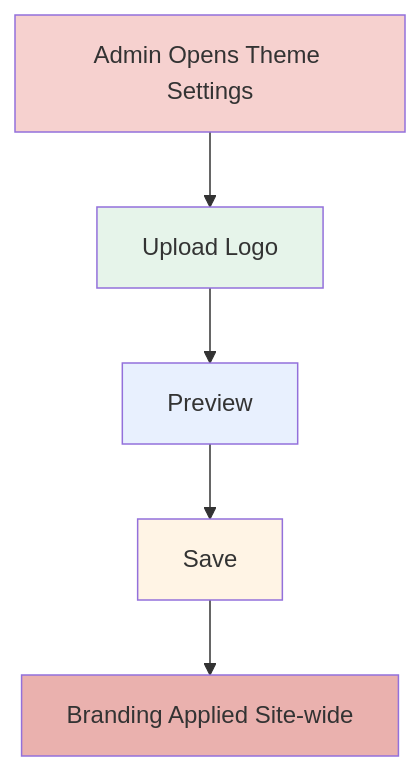
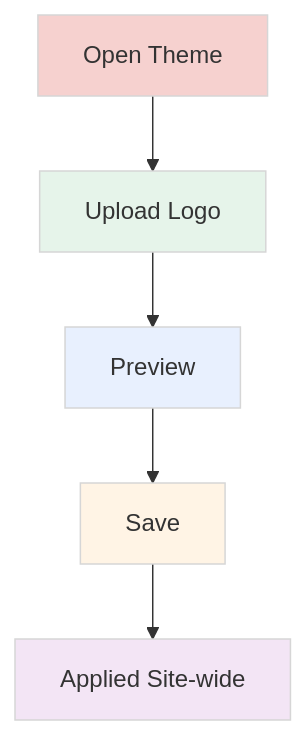
Before and after one commit to salmanb74-dev/ntg-ticket: the fourth of 7 diagrams in NTG-Ticket-User Guide.md, drawn with Mermaid. The commit also changed other lines of this file, not shown here.

````diff
--- a/NTG-Ticket-User Guide.md
+++ b/NTG-Ticket-User Guide.md
@@ -196,12 +196,12 @@
 ```mermaid
 flowchart TD
-    A[Admin Opens Theme Settings] --> B[Upload Logo]
+    A[Open Theme] --> B[Upload Logo]
     B --> C[Preview]
     C --> D[Save]
-    D --> E[Branding Applied Site-wide]
-    style A fill:#F6D1CF
-    style B fill:#E6F4EA
-    style C fill:#E8F0FE
-    style D fill:#FFF4E5
-    style E fill:#EAB1AE
+    D --> E[Applied Site‑wide]
+    style A fill:#F6D1CF,stroke:#D6D6D6,stroke-width:1px
+    style B fill:#E6F4EA,stroke:#D6D6D6,stroke-width:1px
+    style C fill:#E8F0FE,stroke:#D6D6D6,stroke-width:1px
+    style D fill:#FFF4E5,stroke:#D6D6D6,stroke-width:1px
+    style E fill:#F3E5F5,stroke:#D6D6D6,stroke-width:1px
 ```
````
